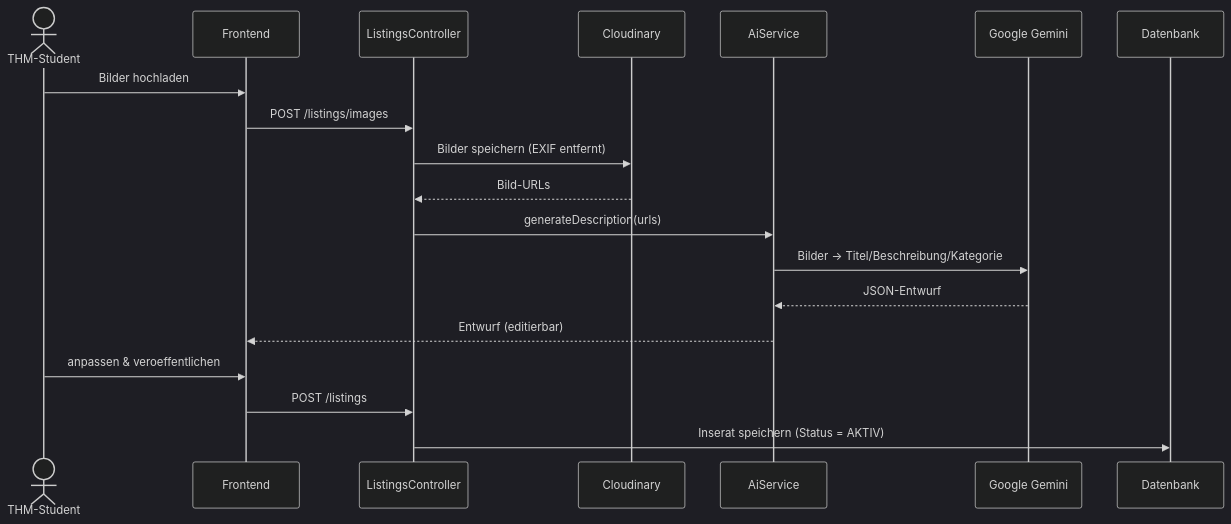
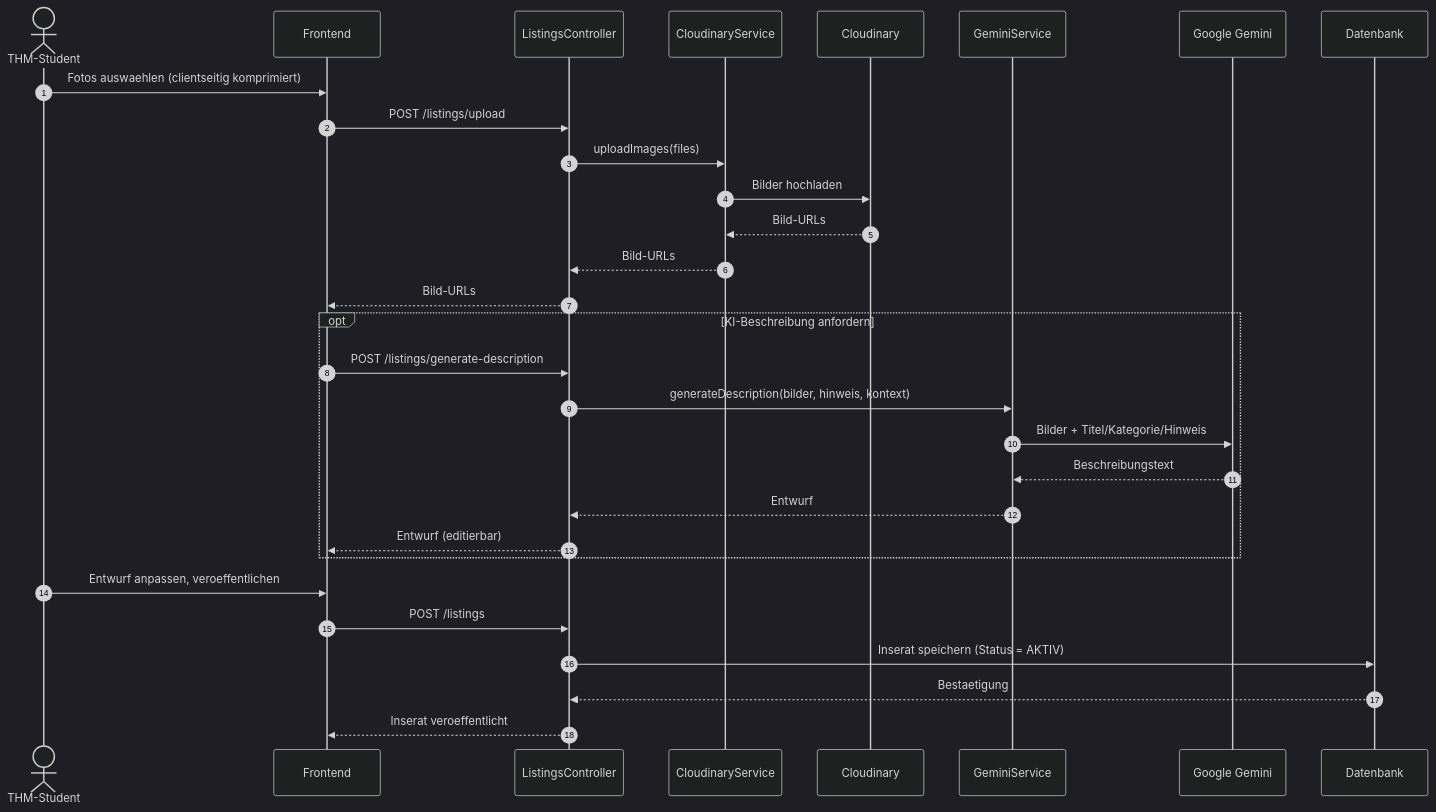
Before and after one commit to PatilYash0110/THMarket: the diagram in docs/arch/diagrams-code/a06-laufzeitdiagramm_Inserat_KI_Beschreibung.mmd, drawn with Mermaid (dark theme).

Commit message:
docs(arch): update Laufzeitdiagramm Inserat KI-Beschreibung
Updated the sequence diagram to reflect changes in service names and added options for generating descriptions.

```diff
--- a/docs/arch/diagrams-code/a06-laufzeitdiagramm_Inserat_KI_Beschreibung.mmd
+++ b/docs/arch/diagrams-code/a06-laufzeitdiagramm_Inserat_KI_Beschreibung.mmd
@@ -1,20 +1,33 @@
-%% Abbildung 13: Laufzeitsicht - Inserat mit KI-Beschreibung
 sequenceDiagram
+    autonumber
     actor S as THM-Student
     participant FE as Frontend
     participant L as ListingsController
-    participant C as Cloudinary
-    participant AI as AiService
-    participant G as Google Gemini
+    participant CloudSvc as CloudinaryService
+    participant Cloud as Cloudinary
+    participant GemSvc as GeminiService
+    participant Gem as Google Gemini
     participant DB as Datenbank
-    S->>FE: Bilder hochladen
-    FE->>L: POST /listings/images
-    L->>C: Bilder speichern (EXIF entfernt)
-    C-->>L: Bild-URLs
-    L->>AI: generateDescription(urls)
-    AI->>G: Bilder -> Titel/Beschreibung/Kategorie
-    G-->>AI: JSON-Entwurf
-    AI-->>FE: Entwurf (editierbar)
-    S->>FE: anpassen & veroeffentlichen
+
+    S->>FE: Fotos auswaehlen (clientseitig komprimiert)
+    FE->>L: POST /listings/upload
+    L->>CloudSvc: uploadImages(files)
+    CloudSvc->>Cloud: Bilder hochladen
+    Cloud-->>CloudSvc: Bild-URLs
+    CloudSvc-->>L: Bild-URLs
+    L-->>FE: Bild-URLs
+
+    opt KI-Beschreibung anfordern
+        FE->>L: POST /listings/generate-description
+        L->>GemSvc: generateDescription(bilder, hinweis, kontext)
+        GemSvc->>Gem: Bilder + Titel/Kategorie/Hinweis
+        Gem-->>GemSvc: Beschreibungstext
+        GemSvc-->>L: Entwurf
+        L-->>FE: Entwurf (editierbar)
+    end
+
+    S->>FE: Entwurf anpassen, veroeffentlichen
     FE->>L: POST /listings
     L->>DB: Inserat speichern (Status = AKTIV)
+    DB-->>L: Bestaetigung
+    L-->>FE: Inserat veroeffentlicht
```
